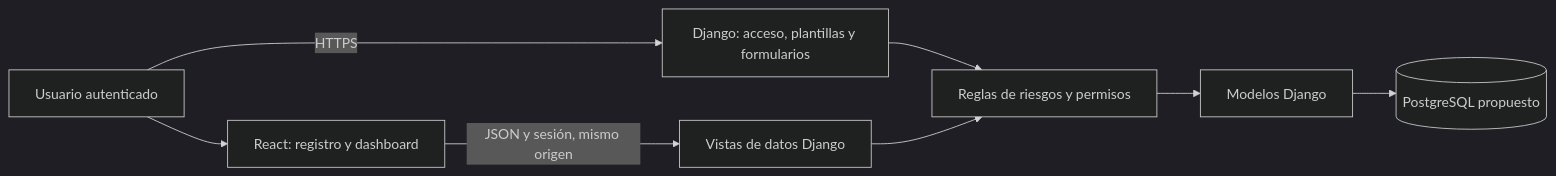
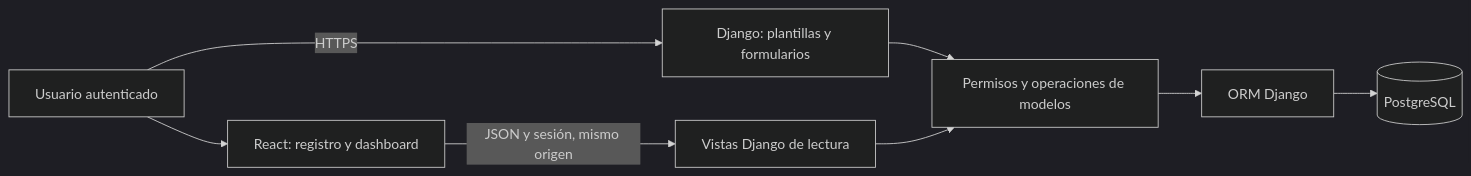
The diagram in docs/06-arquitectura.md (Pablorossl/RiskTrack), drawn with Mermaid (dark theme) before and after one commit. The commit also changed other lines of this file and 8 other files, not shown here.

````diff
--- a/docs/06-arquitectura.md
+++ b/docs/06-arquitectura.md
@@ -28,10 +34,10 @@
 ```mermaid
 flowchart LR
-    U[Usuario autenticado] -->|HTTPS| D[Django: acceso, plantillas y formularios]
+    U[Usuario autenticado] -->|HTTPS| D[Django: plantillas y formularios]
     U --> R[React: registro y dashboard]
-    R -->|JSON y sesión, mismo origen| A[Vistas de datos Django]
-    D --> S[Reglas de riesgos y permisos]
+    R -->|JSON y sesión, mismo origen| A[Vistas Django de lectura]
+    D --> S[Permisos y operaciones de modelos]
     A --> S
-    S --> O[Modelos Django]
-    O --> B[(PostgreSQL propuesto)]
+    S --> O[ORM Django]
+    O --> B[(PostgreSQL)]
 ```
````
